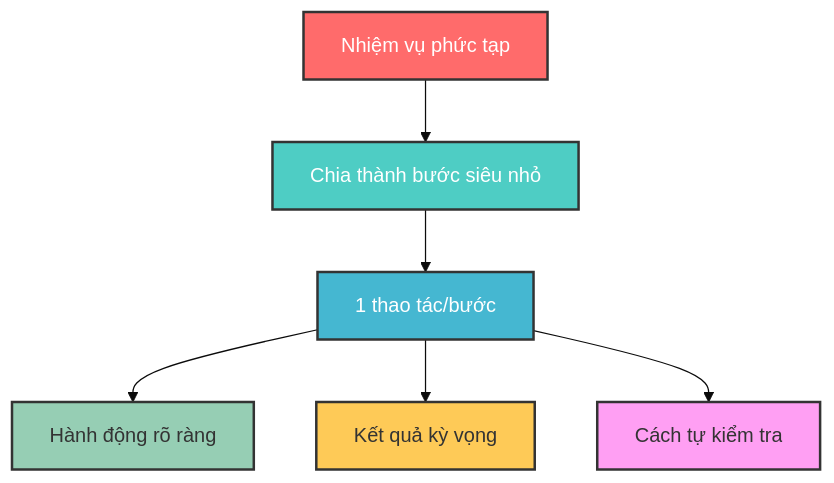
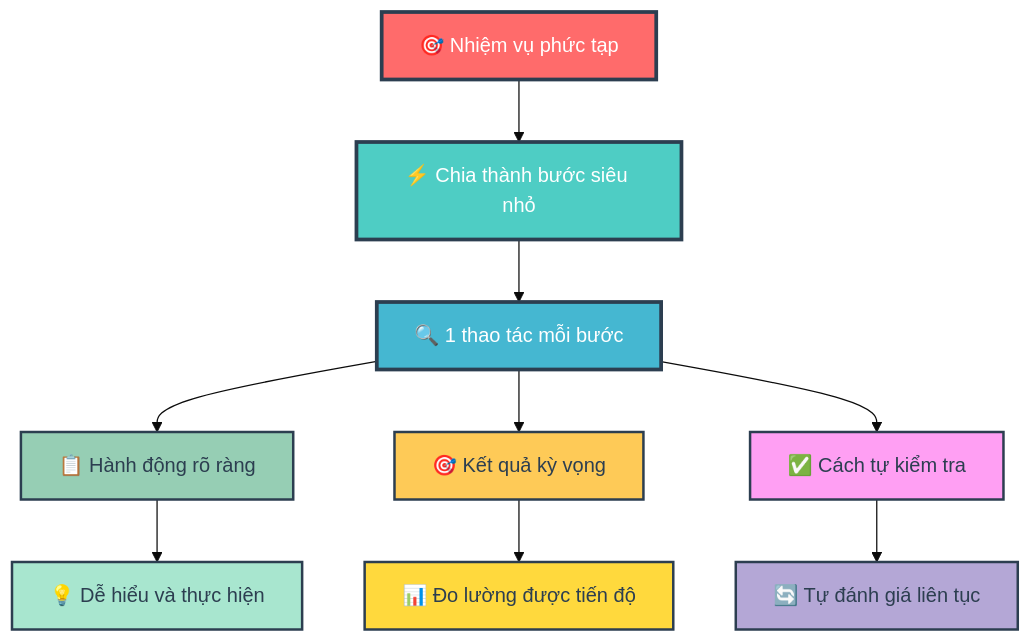
Before and after one commit to ngockhanhvd2812/System_Prompt: the first of 6 diagrams in Deep_Learning.md, drawn with Mermaid (base theme). The commit also changed other lines of this file, not shown here.

````diff
--- a/Deep_Learning.md
+++ b/Deep_Learning.md
@@ -371,15 +371,22 @@
 ```mermaid
 graph TD
-    A[Nhiệm vụ phức tạp] --> B[Chia thành bước siêu nhỏ]
-    B --> C[1 thao tác/bước]
-    C --> D[Hành động rõ ràng]
-    C --> E[Kết quả kỳ vọng]
-    C --> F[Cách tự kiểm tra]
+    A[🎯 Nhiệm vụ phức tạp] --> B[⚡ Chia thành bước siêu nhỏ]
+    B --> C[🔍 1 thao tác mỗi bước]
+    C --> D[📋 Hành động rõ ràng]
+    C --> E[🎯 Kết quả kỳ vọng]
+    C --> F[✅ Cách tự kiểm tra]
     
-    style A fill:#ff6b6b,stroke:#333,stroke-width:2px,color:#fff
-    style B fill:#4ecdc4,stroke:#333,stroke-width:2px,color:#fff
-    style C fill:#45b7d1,stroke:#333,stroke-width:2px,color:#fff
-    style D fill:#96ceb4,stroke:#333,stroke-width:2px
-    style E fill:#feca57,stroke:#333,stroke-width:2px
-    style F fill:#ff9ff3,stroke:#333,stroke-width:2px
+    D --> G[💡 Dễ hiểu và thực hiện]
+    E --> H[📊 Đo lường được tiến độ]
+    F --> I[🔄 Tự đánh giá liên tục]
+    
+    style A fill:#FF6B6B,stroke:#2C3E50,stroke-width:3px,color:#FFFFFF
+    style B fill:#4ECDC4,stroke:#2C3E50,stroke-width:3px,color:#FFFFFF
+    style C fill:#45B7D1,stroke:#2C3E50,stroke-width:3px,color:#FFFFFF
+    style D fill:#96CEB4,stroke:#2C3E50,stroke-width:2px,color:#2C3E50
+    style E fill:#FECA57,stroke:#2C3E50,stroke-width:2px,color:#2C3E50
+    style F fill:#FF9FF3,stroke:#2C3E50,stroke-width:2px,color:#2C3E50
+    style G fill:#A8E6CF,stroke:#2C3E50,stroke-width:2px,color:#2C3E50
+    style H fill:#FFD93D,stroke:#2C3E50,stroke-width:2px,color:#2C3E50
+    style I fill:#B4A7D6,stroke:#2C3E50,stroke-width:2px,color:#2C3E50
 ```
````
